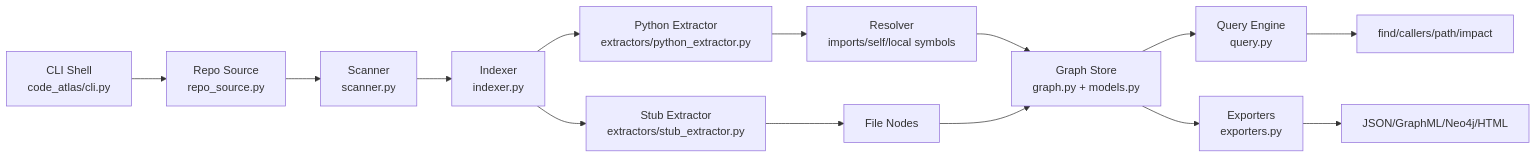
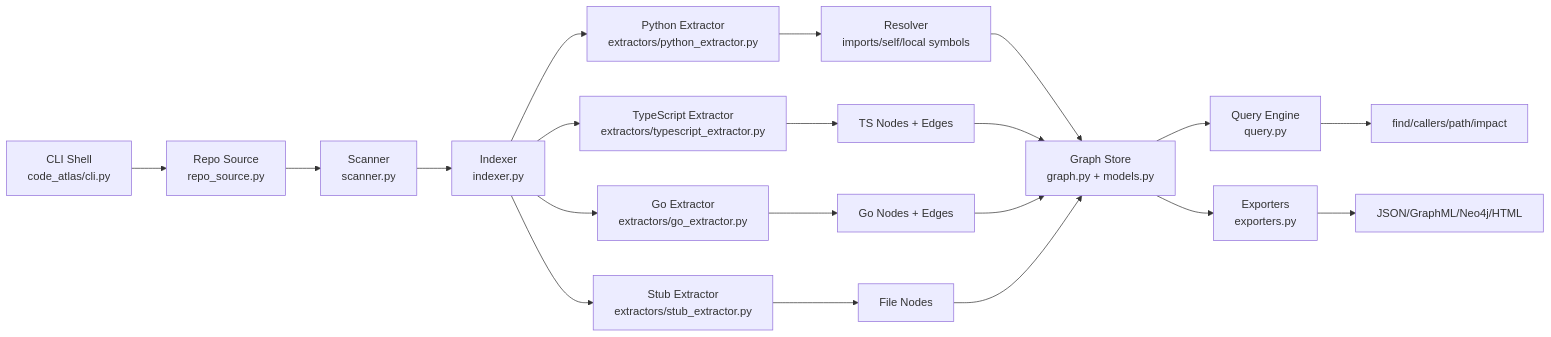
The fourth of 8 diagrams in README.md (anismabaziz/saurix), drawn with Mermaid before and after one commit. The commit also changed other lines of this file and 23 other files, not shown here.

````diff
--- a/README.md
+++ b/README.md
@@ -123,16 +123,22 @@
 ```mermaid
 flowchart LR
     A[CLI Shell\ncode_atlas/cli.py] --> B[Repo Source\nrepo_source.py]
     B --> C[Scanner\nscanner.py]
     C --> D[Indexer\nindexer.py]
     D --> E1[Python Extractor\nextractors/python_extractor.py]
-    D --> E2[Stub Extractor\nextractors/stub_extractor.py]
+    D --> E2[TypeScript Extractor\nextractors/typescript_extractor.py]
+    D --> E3[Go Extractor\nextractors/go_extractor.py]
+    D --> E4[Stub Extractor\nextractors/stub_extractor.py]
     E1 --> F[Resolver\nimports/self/local symbols]
-    E2 --> G[File Nodes]
+    E2 --> G[TS Nodes + Edges]
+    E3 --> H2[Go Nodes + Edges]
+    E4 --> G2[File Nodes]
     F --> H[Graph Store\ngraph.py + models.py]
     G --> H
+    H2 --> H
+    G2 --> H
     H --> I[Query Engine\nquery.py]
     H --> J[Exporters\nexporters.py]
     I --> K[find/callers/path/impact]
     J --> L[JSON/GraphML/Neo4j/HTML]
 ```
````
